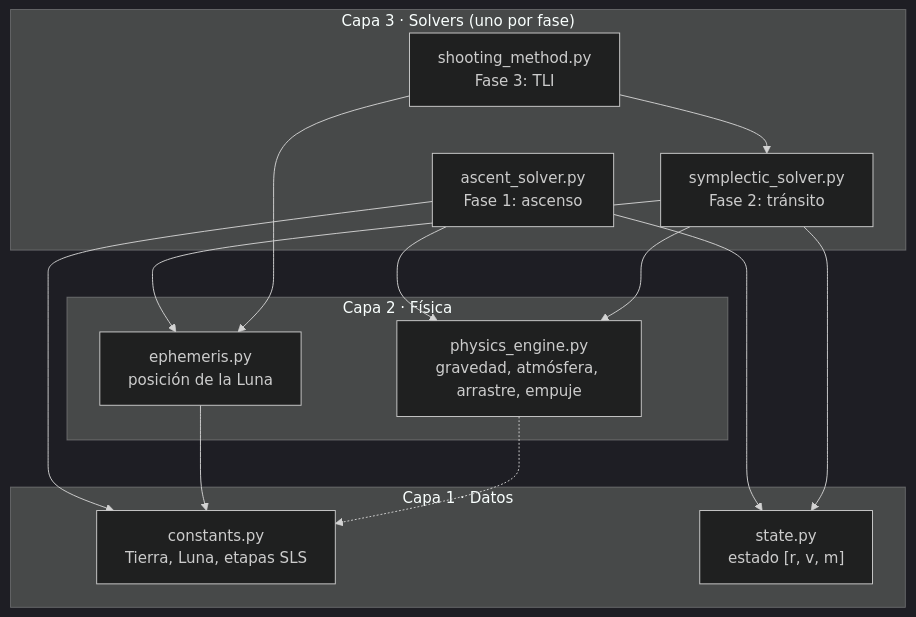
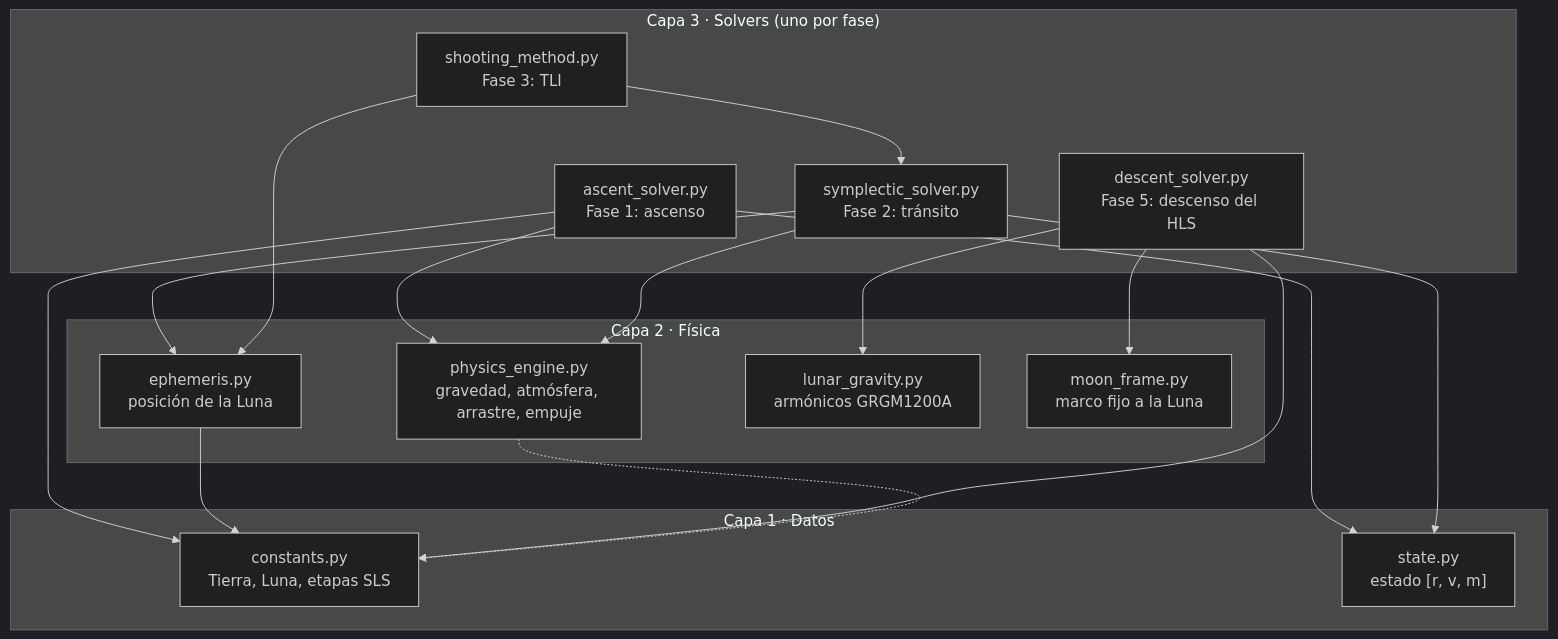
The first of 2 diagrams in docs/architecture.md (Mayday3003/ArtemisIV-flight-dynamics), drawn with Mermaid (dark theme) before and after one commit. The commit also changed other lines of this file and 19 other files, not shown here.

First line of the commit message:
Feat: simulate the HLS descent to the lunar south pole (stage 5)

````diff
--- a/docs/architecture.md
+++ b/docs/architecture.md
@@ -5,26 +5,32 @@
 ```mermaid
 flowchart TB
   subgraph Solvers["Capa 3 · Solvers (uno por fase)"]
     A["ascent_solver.py<br/>Fase 1: ascenso"]
     S["symplectic_solver.py<br/>Fase 2: tránsito"]
     T["shooting_method.py<br/>Fase 3: TLI"]
+    D["descent_solver.py<br/>Fase 5: descenso del HLS"]
   end
   subgraph Fisica["Capa 2 · Física"]
     P["physics_engine.py<br/>gravedad, atmósfera, arrastre, empuje"]
     E["ephemeris.py<br/>posición de la Luna"]
+    G["lunar_gravity.py<br/>armónicos GRGM1200A"]
+    M["moon_frame.py<br/>marco fijo a la Luna"]
   end
   subgraph Datos["Capa 1 · Datos"]
     C["constants.py<br/>Tierra, Luna, etapas SLS"]
     St["state.py<br/>estado [r, v, m]"]
   end
   A --> P
   A --> C
   A --> St
   S --> P
   S --> E
   S --> St
   T --> S
   T --> E
   E --> C
+  D --> G
+  D --> M
+  D --> C
   P -.-> C
 ```
````
